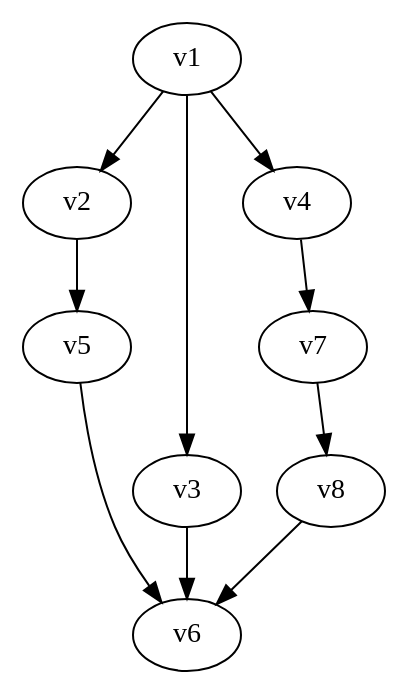
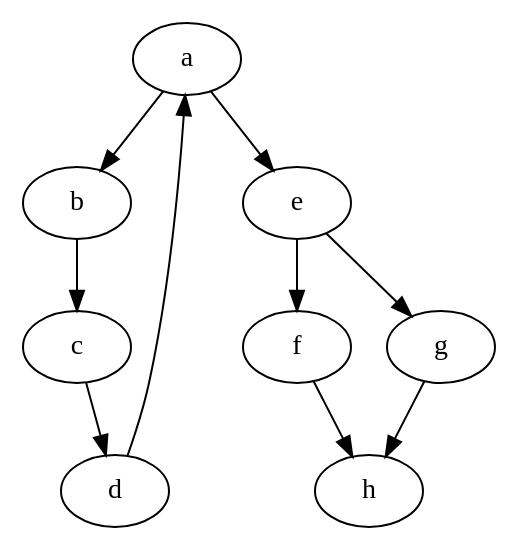
The diagram in src/testFiles/dotGraphPart3.dot (AttackBlueSteel/CSE464YueFang), drawn with Graphviz before and after one commit. The commit also changed 2 other files, not shown here.

```diff
--- a/src/testFiles/dotGraphPart3.dot
+++ b/src/testFiles/dotGraphPart3.dot
@@ -1,19 +1,19 @@
 digraph A {
-v1
-v2
-v3
-v4
-v5
-v6
-v7
-v8
-v1 -> v2;
-v2 -> v5;
-v5 -> v6;
-v1 -> v3;
-v3 -> v6;
-v1 -> v4;
-v4 -> v7;
-v7 -> v8;
-v8 -> v6;
+a
+b
+c
+d
+e
+f
+g
+h
+a -> b;
+b -> c;
+c -> d;
+d -> a;
+a -> e;
+e -> f;
+e -> g;
+f -> h;
+g -> h;
 }
```
